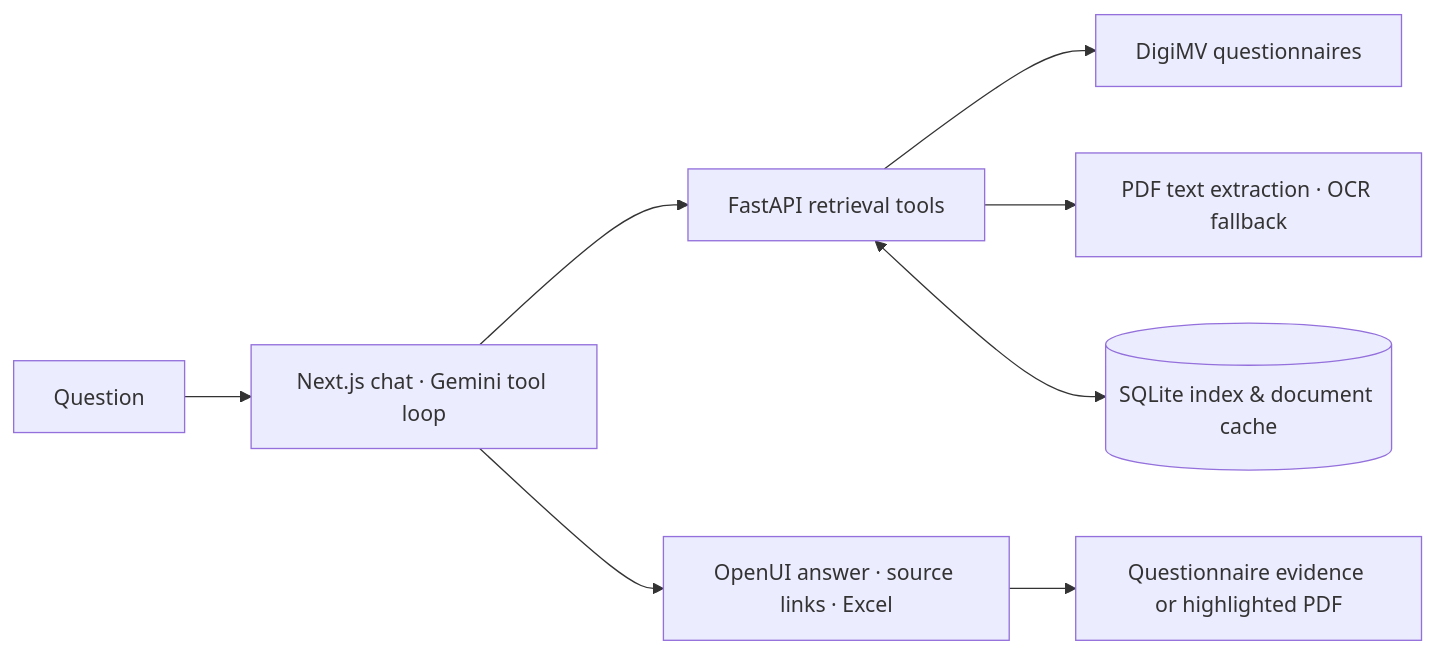
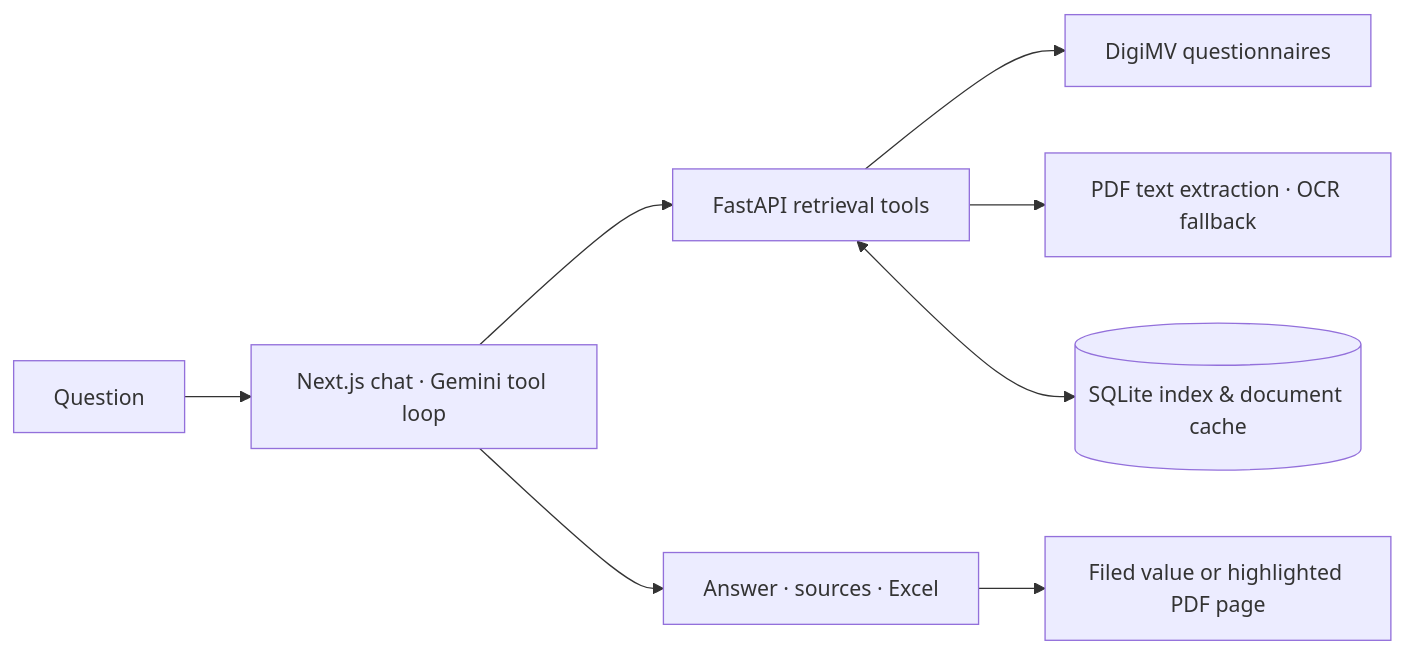
The diagram in README.md (FrisoWiegersma/jaarverantwoording-zorg), drawn with Mermaid before and after one commit. The commit also changed other lines of this file and 16 other files, not shown here.

````diff
--- a/README.md
+++ b/README.md
@@ -68,10 +41,10 @@
 ```mermaid
 flowchart LR
     U[Question] --> C[Next.js chat · Gemini tool loop]
     C --> R[FastAPI retrieval tools]
     R --> Q[DigiMV questionnaires]
     R --> P[PDF text extraction · OCR fallback]
     R <--> D[(SQLite index & document cache)]
-    C --> A[OpenUI answer · source links · Excel]
-    A --> E[Questionnaire evidence or highlighted PDF]
+    C --> A[Answer · sources · Excel]
+    A --> E[Filed value or highlighted PDF page]
 ```
````
